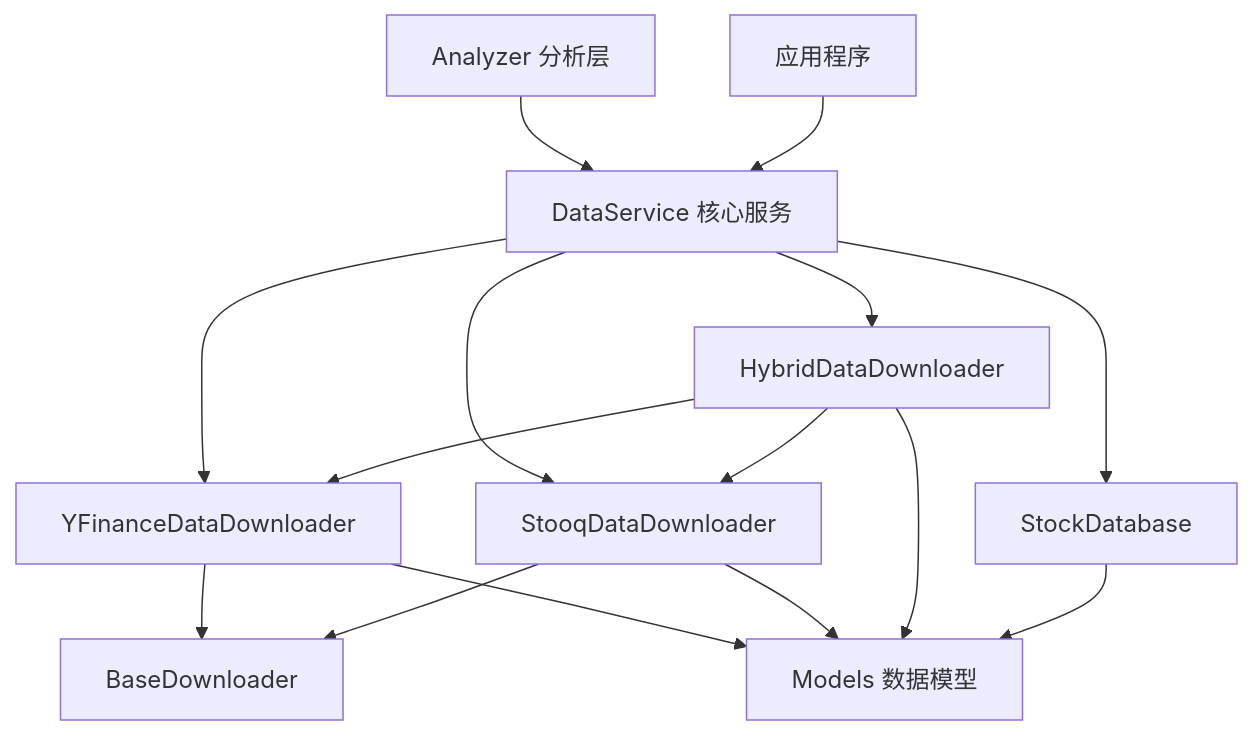
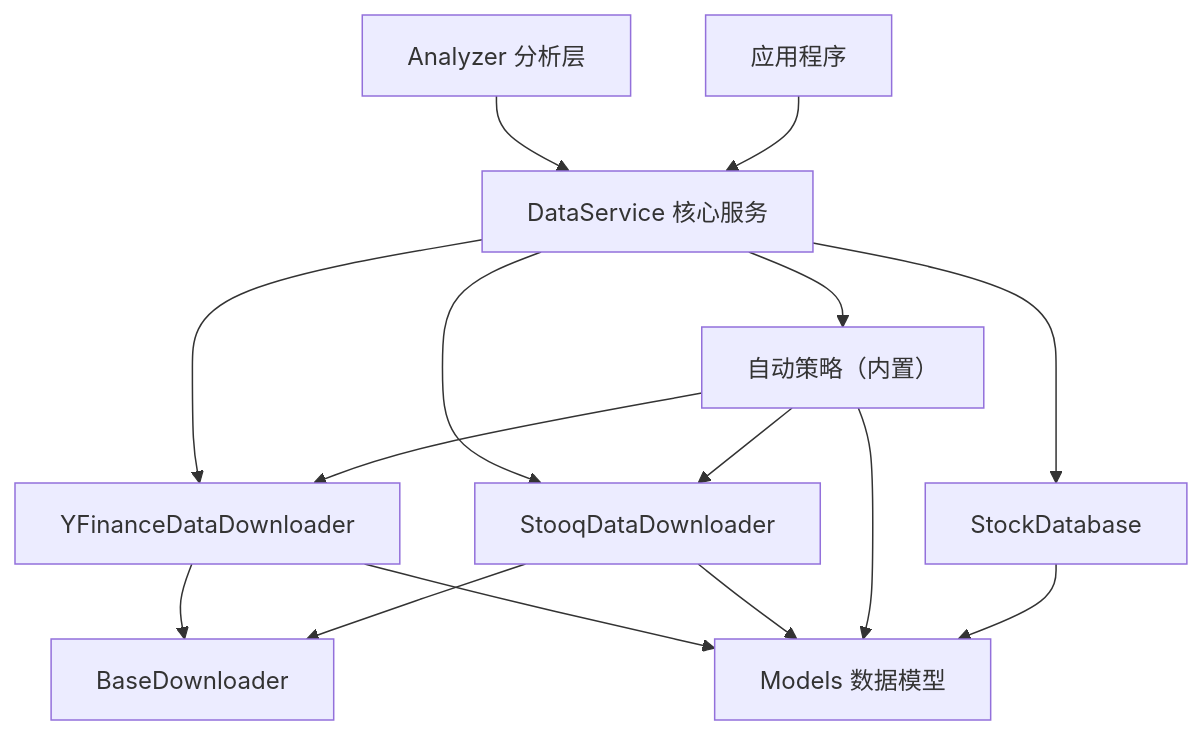
The diagram in data_service/README.md (llshan/stock), drawn with Mermaid before and after one commit. The commit also changed other lines of this file and 33 other files, not shown here.

````diff
--- a/data_service/README.md
+++ b/data_service/README.md
@@ -137,20 +137,20 @@
 ```mermaid
 graph TD
     A[DataService 核心服务] --> B[YFinanceDataDownloader]
     A --> C[StooqDataDownloader] 
-    A --> D[HybridDataDownloader]
+    A --> D[自动策略（内置）]
     A --> E[StockDatabase]
     
     B --> F[BaseDownloader]
     C --> F
     D --> B
     D --> C
     
     B --> G[Models 数据模型]
     C --> G
     D --> G
     E --> G
     
     H[Analyzer 分析层] --> A
     I[应用程序] --> A
 ```
````
